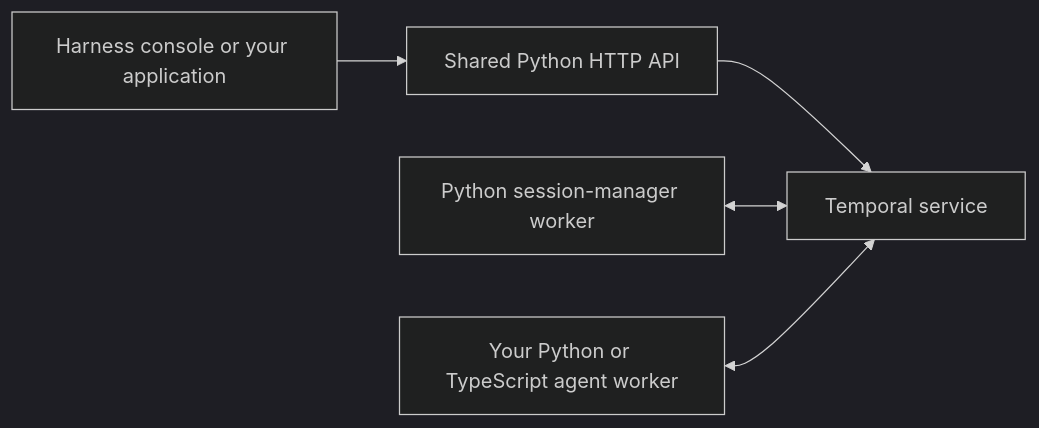
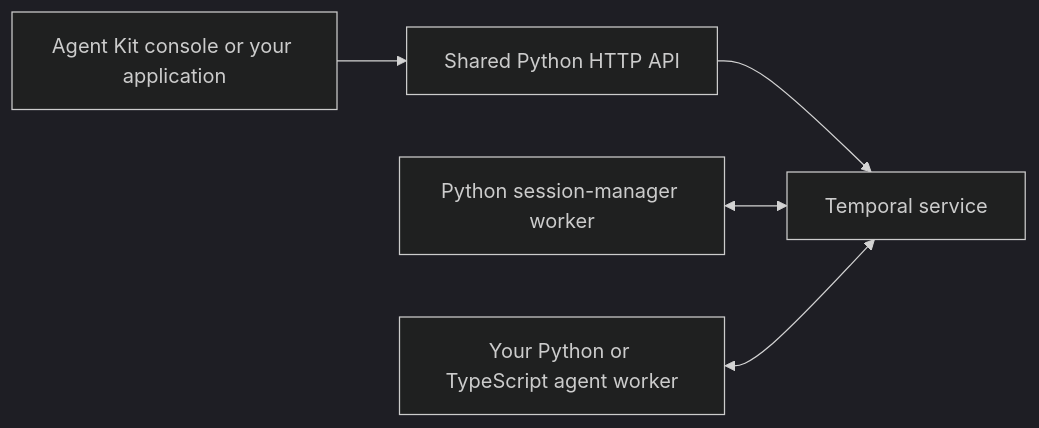
One commit to temporal-community/temporal-agent-harness changed the diagram in README.md. Above: the diagram before and after it, drawn with Mermaid (dark theme). The commit also changed other lines of this file and 1000 other files, not shown here.

First line of the commit message:
Rename Temporal Agent Harness to Temporal Agent Kit

````diff
--- a/README.md
+++ b/README.md
@@ -132,7 +132,7 @@
 ```mermaid
 flowchart LR
-    UI[Harness console or your application] --> API[Shared Python HTTP API]
+    UI[Agent Kit console or your application] --> API[Shared Python HTTP API]
     API --> T[Temporal service]
     M[Python session-manager worker] <--> T
     W[Your Python or TypeScript agent worker] <--> T
 ```
````
